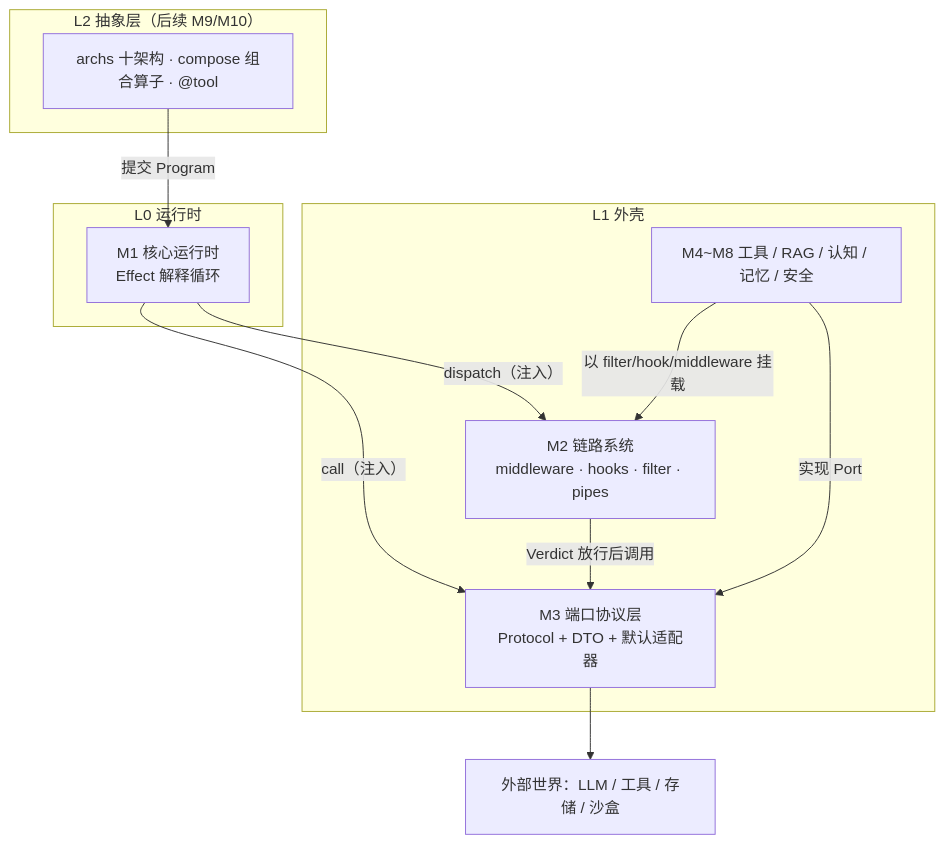
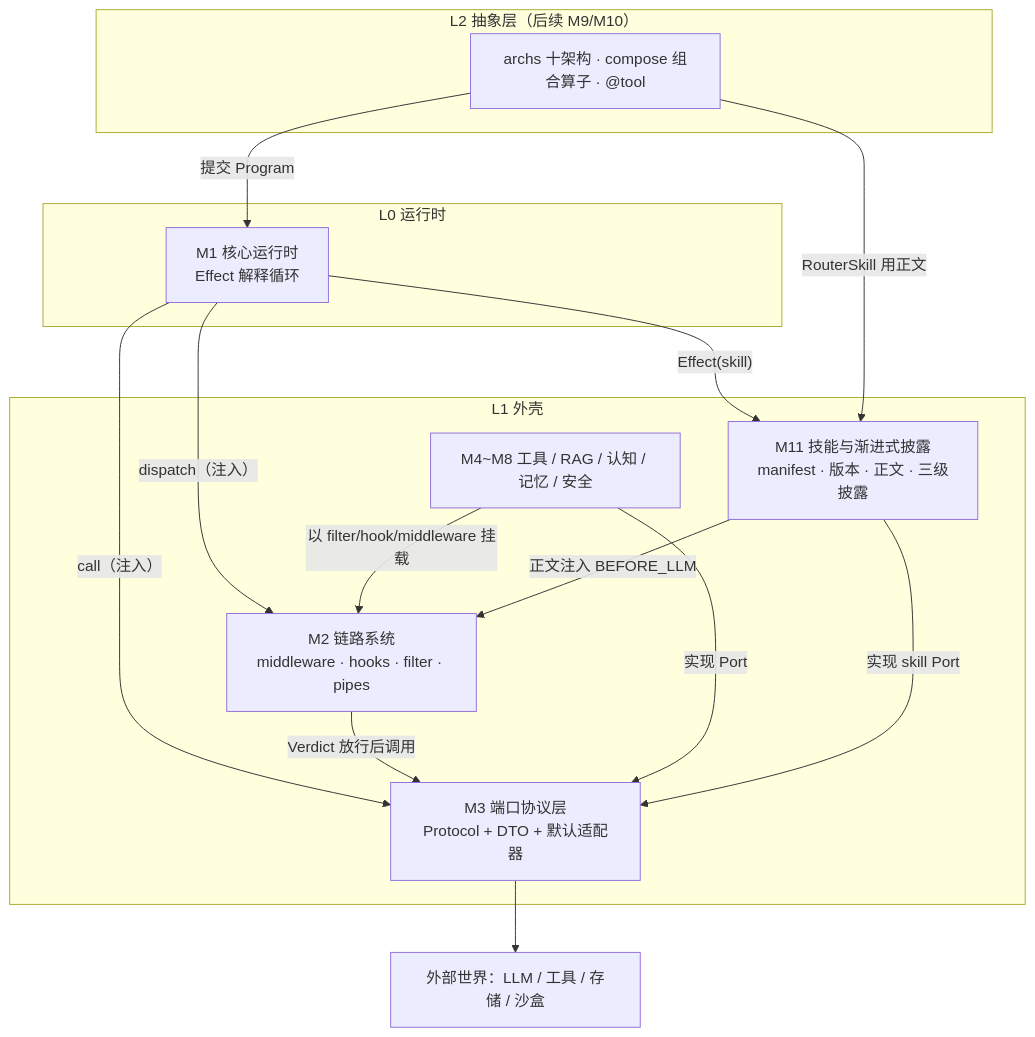
Before and after one commit to sao-lang/lll: the second of 2 diagrams in docs/01-总览与设计/大纲-模块拆分全景.md, drawn with Mermaid. The commit also changed other lines of this file and 40 other files, not shown here.

````diff
--- a/docs/01-总览与设计/大纲-模块拆分全景.md
+++ b/docs/01-总览与设计/大纲-模块拆分全景.md
@@ -139,21 +140,26 @@
 ```mermaid
 flowchart TD
     subgraph L2["L2 抽象层（后续 M9/M10）"]
         A["archs 十架构 · compose 组合算子 · @tool"]
     end
     subgraph L1["L1 外壳"]
         M2["M2 链路系统<br/>middleware · hooks · filter · pipes"]
         M3["M3 端口协议层<br/>Protocol + DTO + 默认适配器"]
         M48["M4~M8 工具 / RAG / 认知 / 记忆 / 安全"]
+        M11["M11 技能与渐进式披露<br/>manifest · 版本 · 正文 · 三级披露"]
     end
     subgraph L0["L0 运行时"]
         M1["M1 核心运行时<br/>Effect 解释循环"]
     end
     A -->|"提交 Program"| M1
     M1 -->|"dispatch（注入）"| M2
     M1 -->|"call（注入）"| M3
+    M1 -->|"Effect(skill)"| M11
     M2 -->|"Verdict 放行后调用"| M3
     M48 -->|"实现 Port"| M3
     M48 -->|"以 filter/hook/middleware 挂载"| M2
+    M11 -->|"实现 skill Port"| M3
+    M11 -->|"正文注入 BEFORE_LLM"| M2
+    A -->|"RouterSkill 用正文"| M11
     M3 --> EXT["外部世界：LLM / 工具 / 存储 / 沙盒"]
 ```
````
